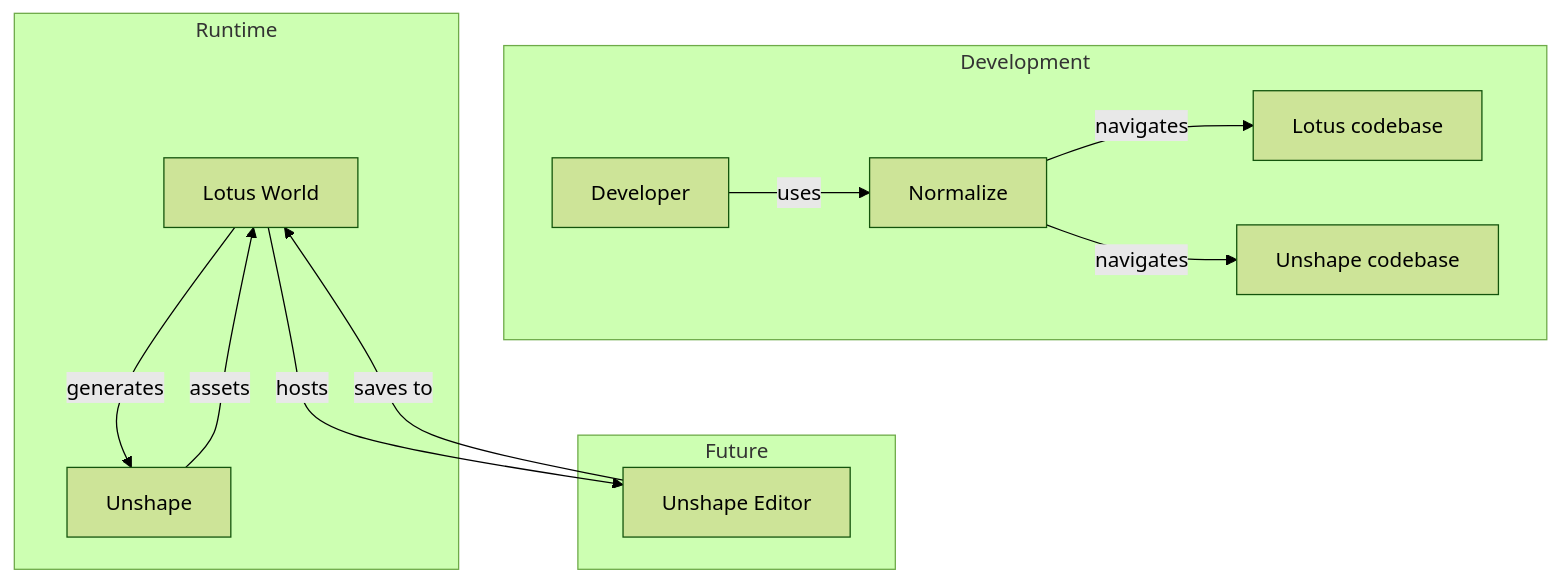
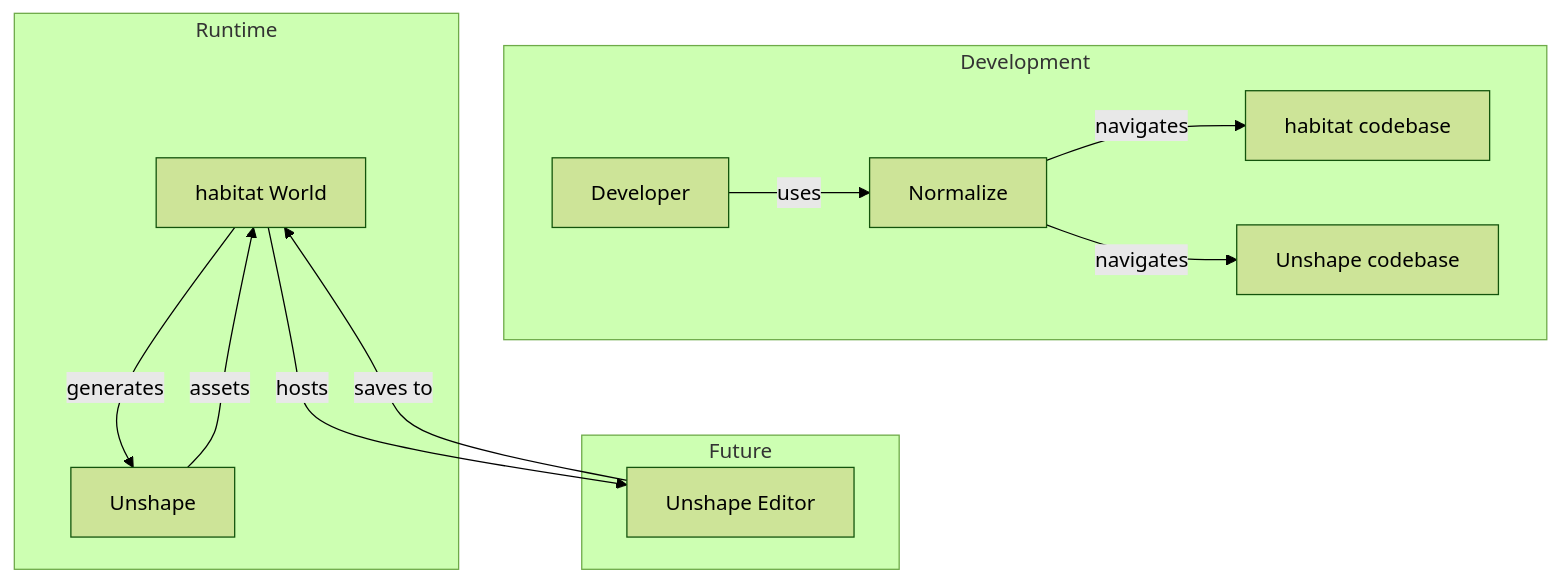
One commit to rhi-zone/rhi-zone.github.io changed the first of 2 diagrams in docs/integration.md. Above: the diagram before and after it, drawn with Mermaid (forest theme). The commit also changed other lines of this file and 20 other files, not shown here.

First line of the commit message:
docs: add project maturity status, rename Lotus→habitat

````diff
--- a/docs/integration.md
+++ b/docs/integration.md
@@ -9,18 +9,18 @@
 ```mermaid
 graph TD
     subgraph Development
         DEV[Developer] --> |uses| NORMALIZE[Normalize]
-        NORMALIZE --> |navigates| LOTUS_CODE[Lotus codebase]
+        NORMALIZE --> |navigates| LOTUS_CODE[habitat codebase]
         NORMALIZE --> |navigates| UNSHAPE_CODE[Unshape codebase]
     end
 
     subgraph Runtime
-        LOTUS[Lotus World] --> |generates| UNSHAPE[Unshape]
+        LOTUS[habitat World] --> |generates| UNSHAPE[Unshape]
         UNSHAPE --> |assets| LOTUS
     end
 
     subgraph Future
         LOTUS --> |hosts| EDITOR[Unshape Editor]
         EDITOR --> |saves to| LOTUS
     end
 ```
````
